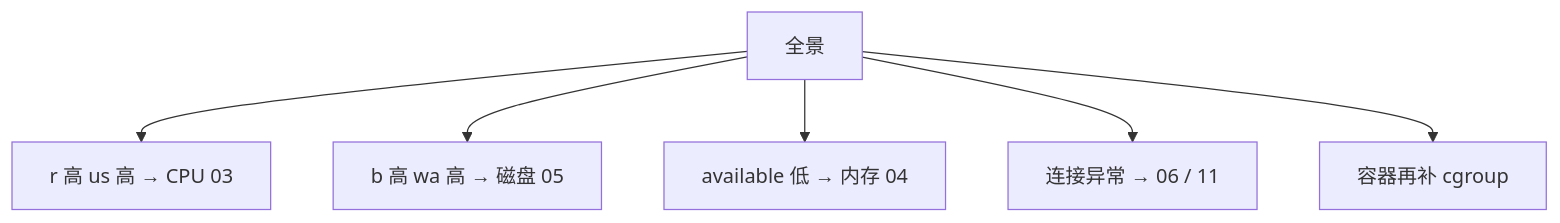
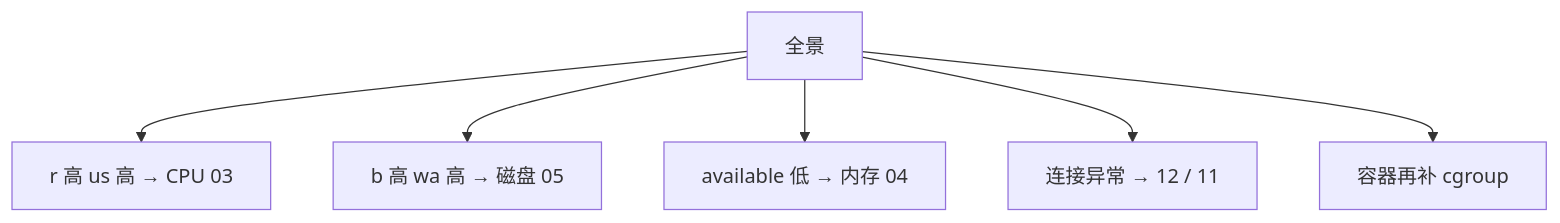
The first of 4 diagrams in 01-基础底座/21-性能观测与排障/练习题.md (ml-cuizijun/LearnToLilith), drawn with Mermaid before and after one commit. The commit also changed other lines of this file and 56 other files, not shown here.

````diff
--- a/01-基础底座/21-性能观测与排障/练习题.md
+++ b/01-基础底座/21-性能观测与排障/练习题.md
@@ -54,8 +54,8 @@
 ```mermaid
 flowchart TB
     A[全景] --> B[r 高 us 高 → CPU 03]
     A --> C[b 高 wa 高 → 磁盘 05]
     A --> D[available 低 → 内存 04]
-    A --> E[连接异常 → 06 / 11]
+    A --> E[连接异常 → 12 / 11]
     A --> F[容器再补 cgroup]
 ```
````
